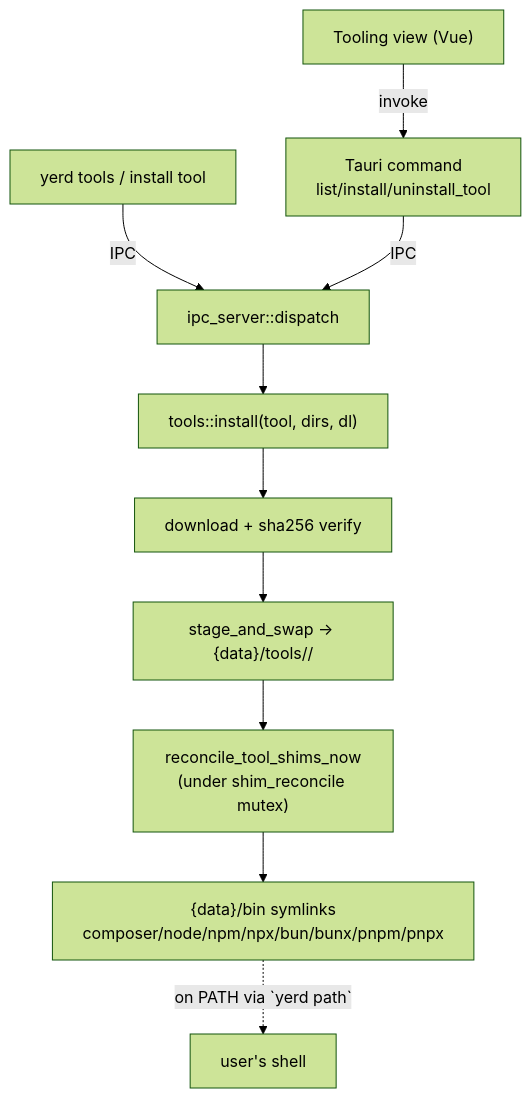
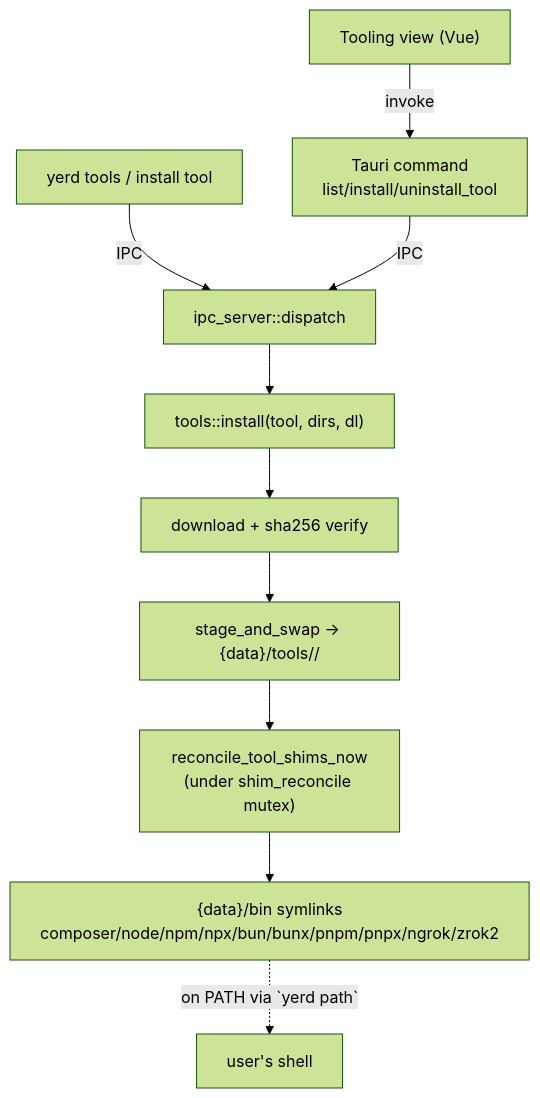
One commit to forjedio/yerd changed the diagram in docs/developer/dev-tools.md. Above: the diagram before and after it, drawn with Mermaid (forest theme). The commit also changed other lines of this file and 18 other files, not shown here.

Commit message:
feat: phase 1 - install ngrok and zrok from Tooling

````diff
--- a/docs/developer/dev-tools.md
+++ b/docs/developer/dev-tools.md
@@ -26,12 +26,12 @@
 ```mermaid
 flowchart TD
     GUI["Tooling view (Vue)"] -->|invoke| TC["Tauri command\nlist/install/uninstall_tool"]
     CLI["yerd tools / install tool"] -->|IPC| DISP
     TC -->|IPC| DISP["ipc_server::dispatch"]
     DISP --> INST["tools::install(tool, dirs, dl)"]
     INST --> DL["download + sha256 verify"]
     DL --> SWAP["stage_and_swap → {data}/tools/<id>/"]
     SWAP --> REC["reconcile_tool_shims_now\n(under shim_reconcile mutex)"]
-    REC --> BIN["{data}/bin symlinks\ncomposer/node/npm/npx/bun/bunx/pnpm/pnpx"]
+    REC --> BIN["{data}/bin symlinks\ncomposer/node/npm/npx/bun/bunx/pnpm/pnpx/ngrok/zrok2"]
     BIN -.->|on PATH via `yerd path`| SHELL["user's shell"]
 ```
````
